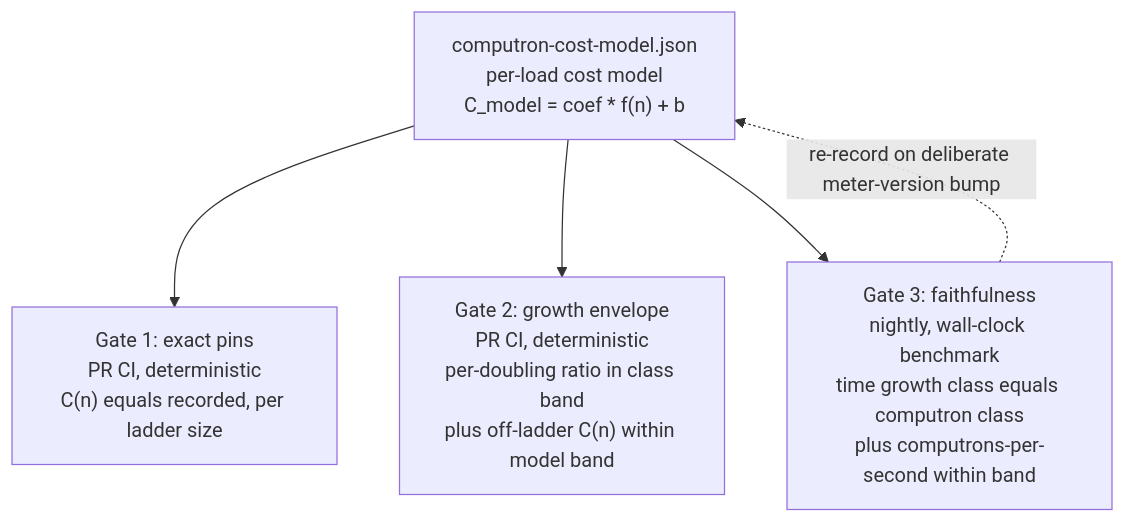
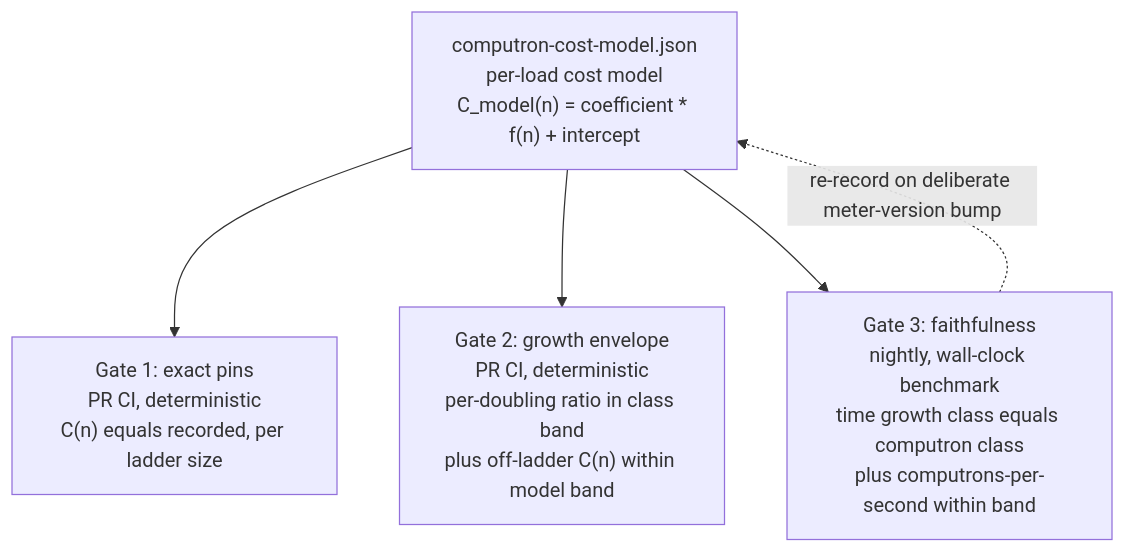
The diagram in designs/ironhorse-computron-benchmark-baseline.md (endojs/endo-but-for-bots), drawn with Mermaid before and after one commit. The commit also changed other lines of this file and 1 other file, not shown here.

````diff
--- a/designs/ironhorse-computron-benchmark-baseline.md
+++ b/designs/ironhorse-computron-benchmark-baseline.md
@@ -158,8 +177,8 @@
 ```mermaid
 flowchart TD
-    B["computron-cost-model.json<br/>per-load cost model<br/>C_model = coef * f(n) + b"]
+    B["computron-cost-model.json<br/>per-load cost model<br/>C_model(n) = coefficient * f(n) + intercept"]
     B --> G1["Gate 1: exact pins<br/>PR CI, deterministic<br/>C(n) equals recorded, per ladder size"]
     B --> G2["Gate 2: growth envelope<br/>PR CI, deterministic<br/>per-doubling ratio in class band<br/>plus off-ladder C(n) within model band"]
     B --> G3["Gate 3: faithfulness<br/>nightly, wall-clock benchmark<br/>time growth class equals computron class<br/>plus computrons-per-second within band"]
     G3 -. "re-record on deliberate meter-version bump" .-> B
 ```
````
